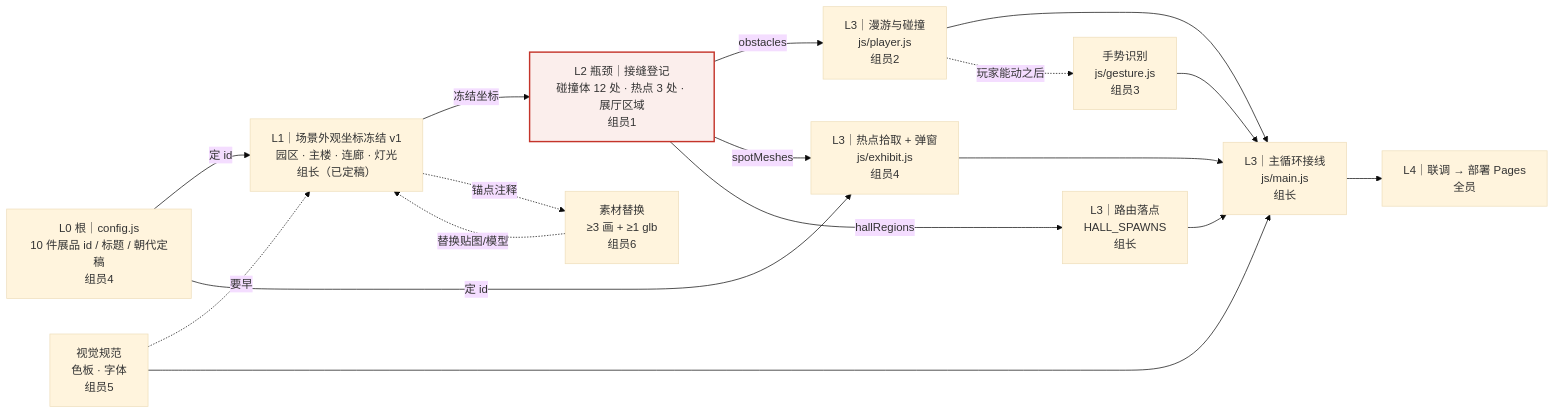
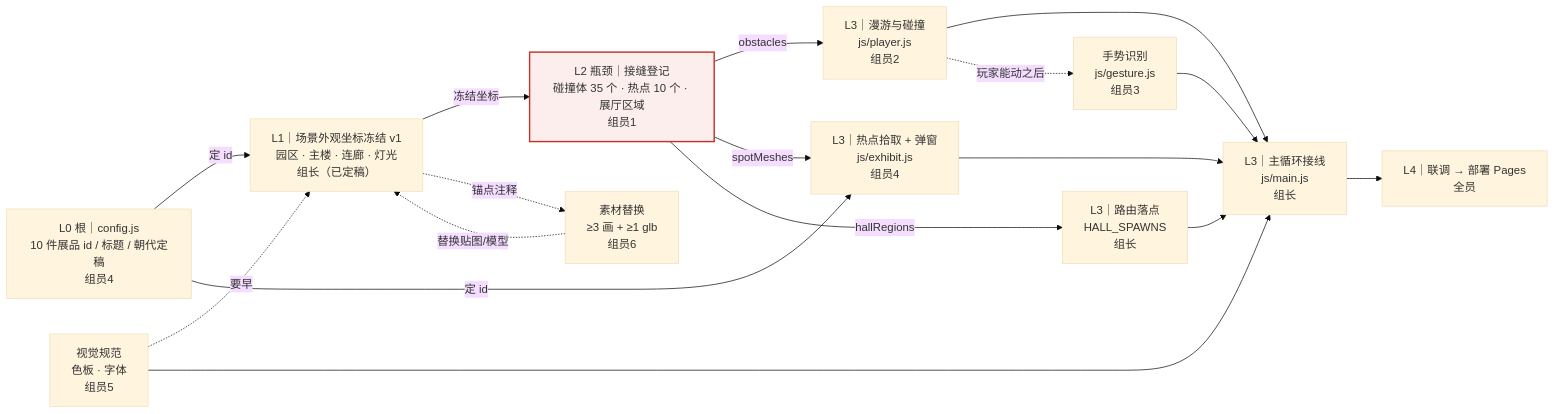
The diagram in docs/任务思维导图.md (F416-Y/3d-gesture-museum), drawn with Mermaid (base theme) before and after one commit. The commit also changed other lines of this file and 4 other files, not shown here.

````diff
--- a/docs/任务思维导图.md
+++ b/docs/任务思维导图.md
@@ -9,32 +9,32 @@
 ```mermaid
 flowchart LR
   P0["L0 根｜config.js<br/>10 件展品 id / 标题 / 朝代定稿<br/>组员4"]
   P1["L1｜场景外观坐标冻结 v1<br/>园区 · 主楼 · 连廊 · 灯光<br/>组长（已定稿）"]
-  P2["L2 瓶颈｜接缝登记<br/>碰撞体 12 处 · 热点 3 处 · 展厅区域<br/>组员1"]
+  P2["L2 瓶颈｜接缝登记<br/>碰撞体 35 个 · 热点 10 个 · 展厅区域<br/>组员1"]
   P3["L3｜漫游与碰撞<br/>js/player.js<br/>组员2"]
   P4["L3｜热点拾取 + 弹窗<br/>js/exhibit.js<br/>组员4"]
   P5["L3｜路由落点<br/>HALL_SPAWNS<br/>组长"]
   P6["L3｜主循环接线<br/>js/main.js<br/>组长"]
   P7["L4｜联调 → 部署 Pages<br/>全员"]
 
   P0 -->|定 id| P1
   P0 -->|定 id| P4
   P1 -->|冻结坐标| P2
   P2 -->|obstacles| P3
   P2 -->|spotMeshes| P4
   P2 -->|hallRegions| P5
   P3 --> P6
   P4 --> P6
   P5 --> P6
   P6 --> P7
 
   U["视觉规范<br/>色板 · 字体<br/>组员5"] -.->|要早| P1
   U --> P6
   P3 -.->|玩家能动之后| G["手势识别<br/>js/gesture.js<br/>组员3"]
   G --> P6
   P1 -.->|锚点注释| A["素材替换<br/>≥3 画 + ≥1 glb<br/>组员6"]
   A -.->|替换贴图/模型| P1
 
   classDef hot fill:#fbeeec,stroke:#c4342a,stroke-width:2px
   class P2 hot
 ```
````
